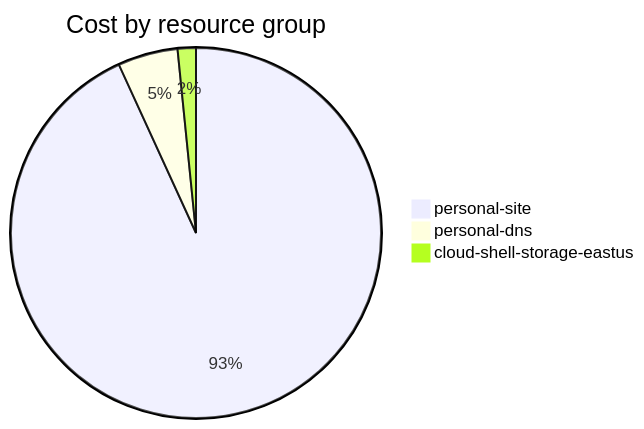
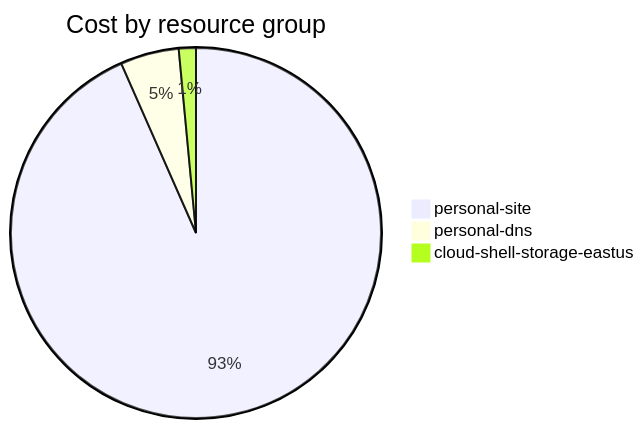
One commit to jpfulton/azure-personal-reports changed the fourth of 4 diagrams in cost-reports/accumulated-cost.md. Above: the diagram before and after it, drawn with Mermaid. The commit also changed other lines of this file and 4 other files, not shown here.

````diff
--- a/cost-reports/accumulated-cost.md
+++ b/cost-reports/accumulated-cost.md
@@ -143,7 +143,7 @@
 ```mermaid
 pie
    title Cost by resource group
-   "personal-site" : 4.09
-   "personal-dns" : 0.23
+   "personal-site" : 4.38
+   "personal-dns" : 0.24
    "cloud-shell-storage-eastus" : 0.07
 ```
````
